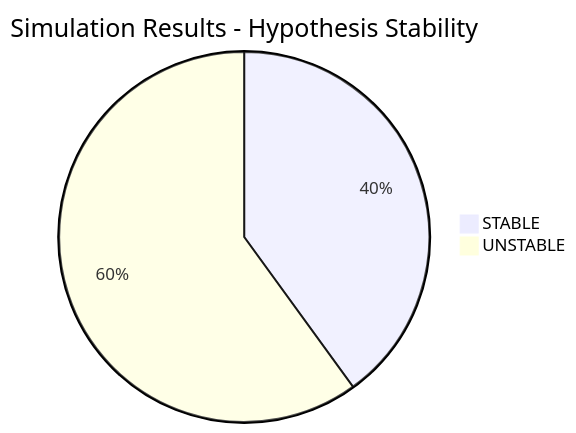
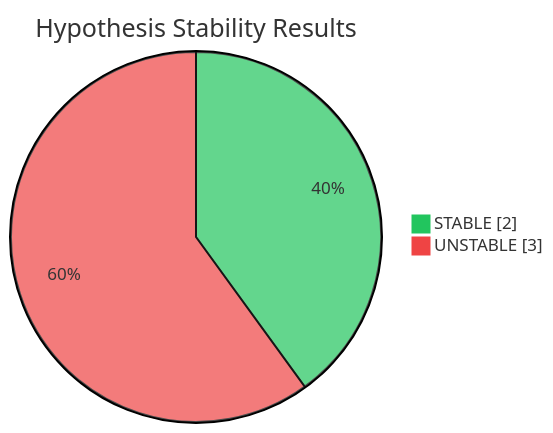
One commit to Peace-png/research-rural-australia-healthcare changed the diagram in README.md. Above: the diagram before and after it, drawn with Mermaid.

Commit message:
Add explicit colors to Mermaid pie chart for GitHub renders Mermaid pie charts with colors when explicitly specified using hex codes.

````diff
--- a/README.md
+++ b/README.md
@@ -143,5 +143,7 @@
 ```mermaid
-pie title Simulation Results - Hypothesis Stability
+%%{init: {'theme': 'base', 'themeVariables': { 'pie1': '#22c55e', 'pie2': '#ef4444', 'pieTitleFontSize': '18px'}}}%%
+pie showData
+    title Hypothesis Stability Results
     "STABLE" : 2
     "UNSTABLE" : 3
 ```
````
